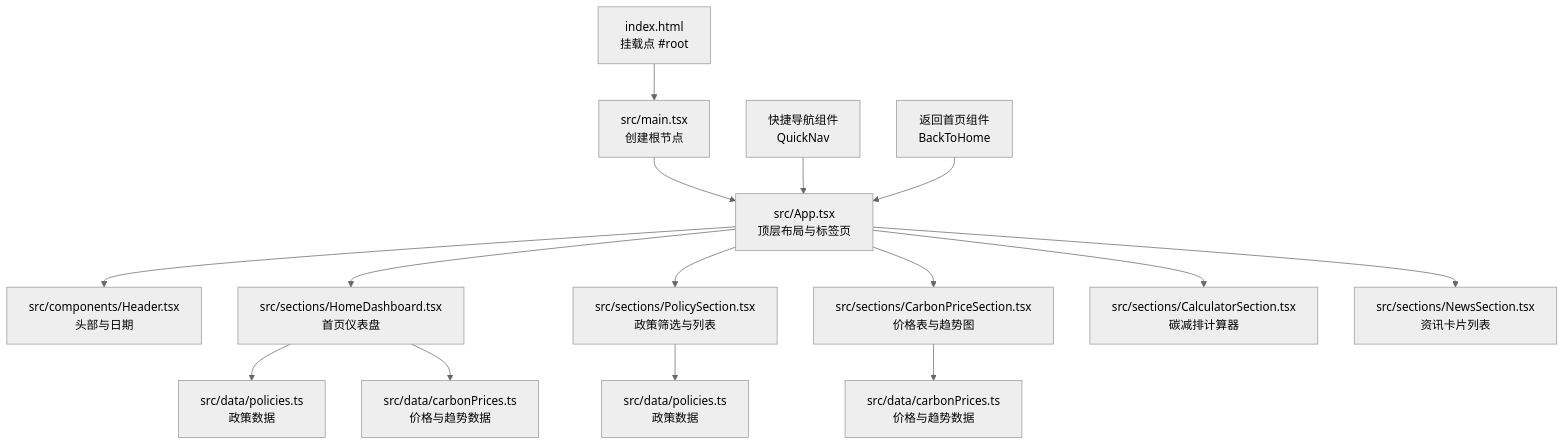
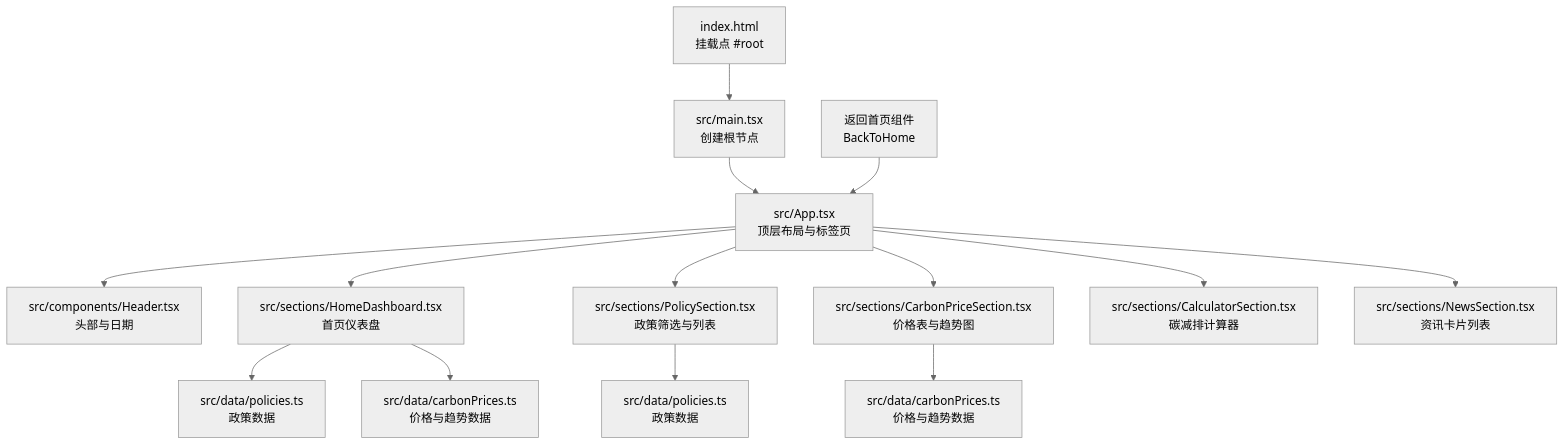
One commit to liangxuanliang-cmd/carbon-info-agent changed the first of 6 diagrams in .qoder/repowiki/zh/content/架构设计/应用架构.md. Above: the diagram before and after it, drawn with Mermaid (neutral theme). The commit also changed other lines of this file and 21 other files, not shown here.

````diff
--- a/.qoder/repowiki/zh/content/架构设计/应用架构.md
+++ b/.qoder/repowiki/zh/content/架构设计/应用架构.md
@@ -56,17 +56,16 @@
 ```mermaid
 graph TB
 A["index.html<br/>挂载点 #root"] --> B["src/main.tsx<br/>创建根节点"]
 B --> C["src/App.tsx<br/>顶层布局与标签页"]
 C --> D["src/components/Header.tsx<br/>头部与日期"]
 C --> E["src/sections/HomeDashboard.tsx<br/>首页仪表盘"]
 C --> F["src/sections/PolicySection.tsx<br/>政策筛选与列表"]
 C --> G["src/sections/CarbonPriceSection.tsx<br/>价格表与趋势图"]
 C --> H["src/sections/CalculatorSection.tsx<br/>碳减排计算器"]
 C --> I["src/sections/NewsSection.tsx<br/>资讯卡片列表"]
 E --> J["src/data/policies.ts<br/>政策数据"]
 E --> K["src/data/carbonPrices.ts<br/>价格与趋势数据"]
 F --> L["src/data/policies.ts<br/>政策数据"]
 G --> M["src/data/carbonPrices.ts<br/>价格与趋势数据"]
-N["快捷导航组件<br/>QuickNav"] --> C
-O["返回首页组件<br/>BackToHome"] --> C
+N["返回首页组件<br/>BackToHome"] --> C
 ```
````
